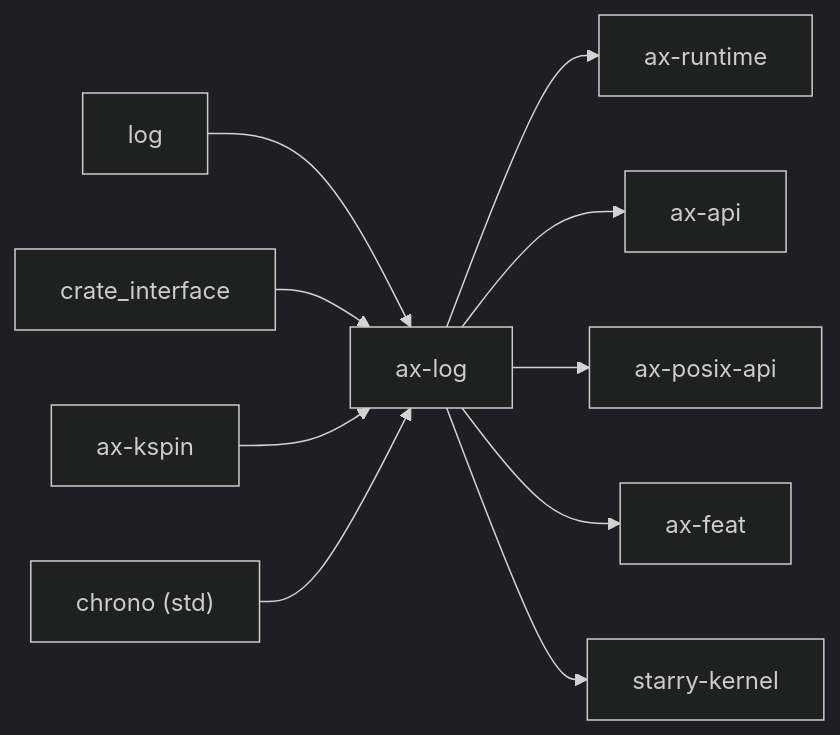
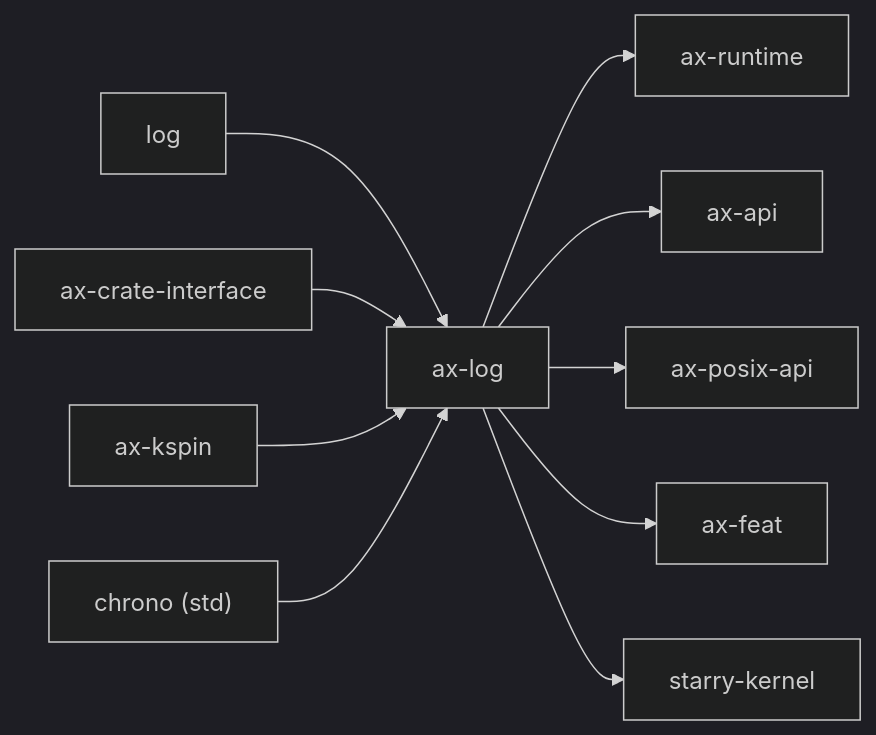
Before and after one commit to LorenzLorentz/tgoskits: the second of 2 diagrams in docs/crates/ax-log.md, drawn with Mermaid (dark theme). The commit also changed other lines of this file and 65 other files, not shown here.

Commit message:
rename crate_interface to ax-crate-interface

````diff
--- a/docs/crates/ax-log.md
+++ b/docs/crates/ax-log.md
@@ -78,13 +78,13 @@
 ```mermaid
 graph LR
     log["log"] --> ax-log["ax-log"]
-    crate_interface["crate_interface"] --> ax-log
+    ax_crate_interface["ax-crate-interface"] --> ax-log
     ax_kspin["ax-kspin"] --> ax-log
     chrono["chrono (std)"] --> ax-log
 
     ax-log --> ax-runtime["ax-runtime"]
     ax-log --> ax-api["ax-api"]
     ax-log --> arceos_posix["ax-posix-api"]
     ax-log --> ax-feat["ax-feat"]
     ax-log --> starry_kernel["starry-kernel"]
 ```
````
